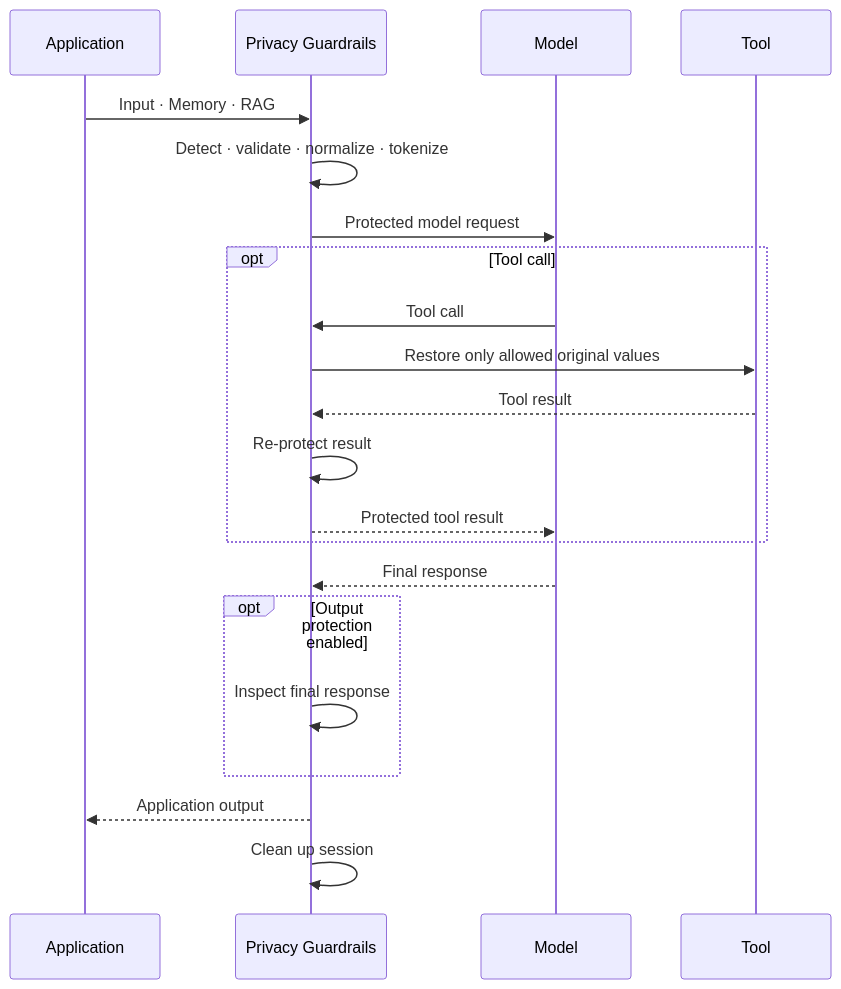
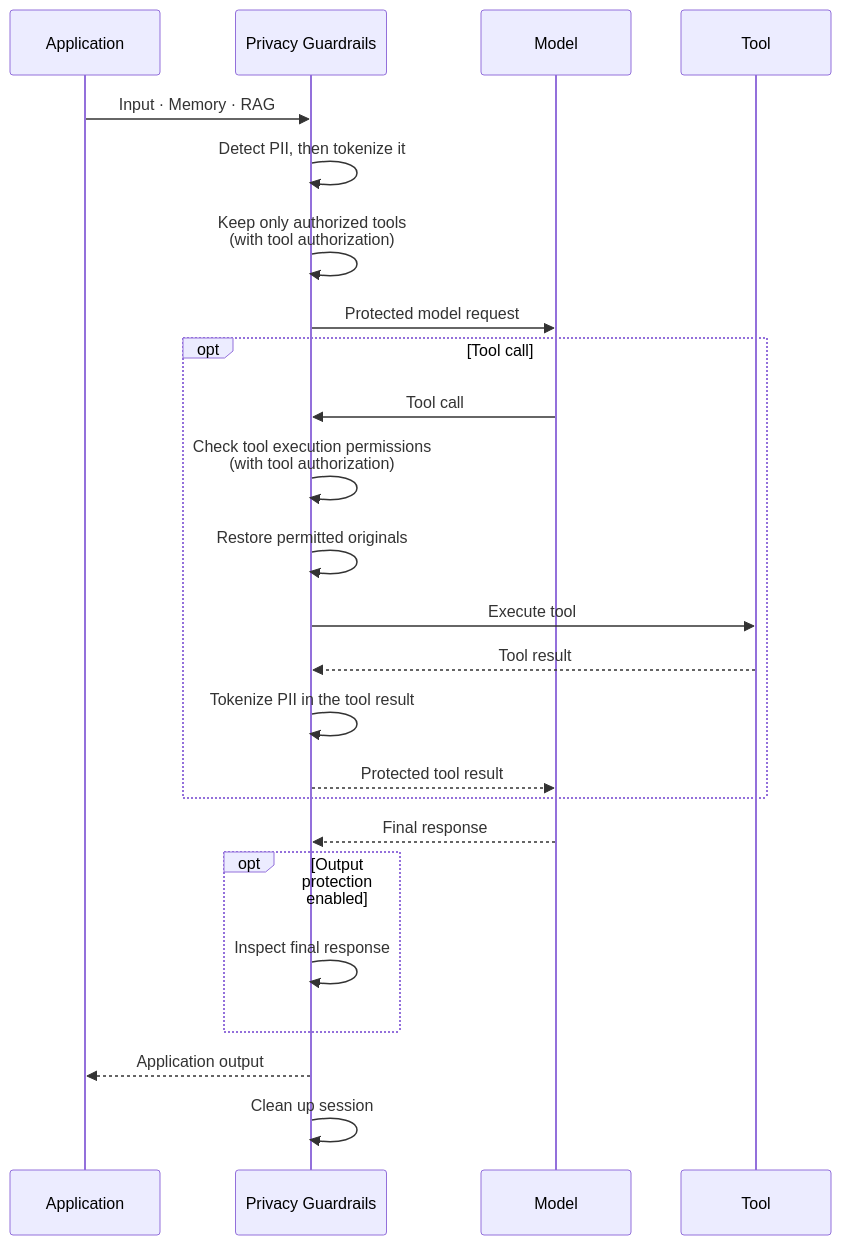
One commit to ultramancode/spring-ai-privacy-guardrails changed the third of 4 diagrams in docs/architecture.md. Above: the diagram before and after it, drawn with Mermaid. The commit also changed other lines of this file and 61 other files, not shown here.

````diff
--- a/docs/architecture.md
+++ b/docs/architecture.md
@@ -155,28 +161,35 @@
 ```mermaid
 sequenceDiagram
     participant A as Application
     participant P as Privacy Guardrails
     participant M as Model
     participant T as Tool
 
     A->>P: Input · Memory · RAG
-    P->>P: Detect · validate · normalize · tokenize
+    P->>P: Detect PII, then tokenize it
+
+    P->>P: Keep only authorized tools<br/>(with tool authorization)
+
     P->>M: Protected model request
 
     opt Tool call
         M->>P: Tool call
-        P->>T: Restore only allowed original values
+
+        P->>P: Check tool execution permissions<br/>(with tool authorization)
+
+        P->>P: Restore permitted originals
+        P->>T: Execute tool
         T-->>P: Tool result
-        P->>P: Re-protect result
+        P->>P: Tokenize PII in the tool result
         P-->>M: Protected tool result
     end
 
     M-->>P: Final response
 
     opt Output protection enabled
         P->>P: Inspect final response
     end
 
     P-->>A: Application output
     P->>P: Clean up session
 ```
````
